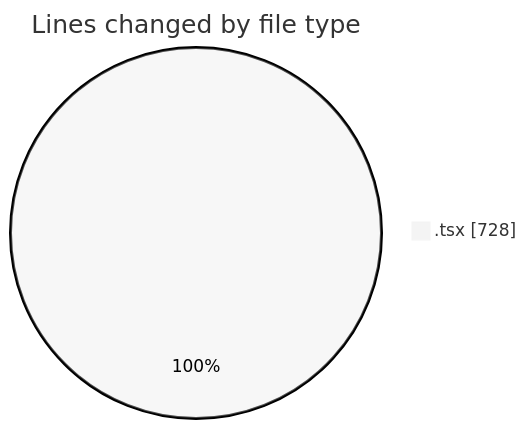
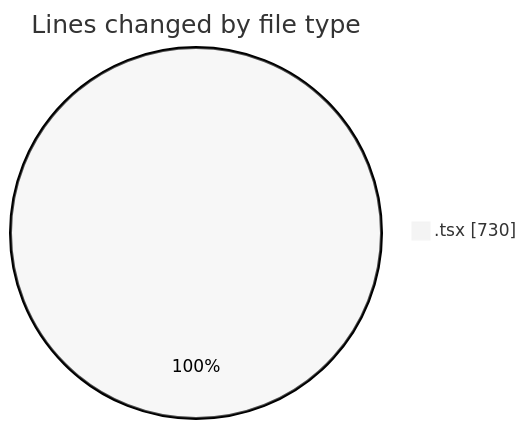
Before and after one commit to nxtqubesakshisongat/code-tracking: the first of 2 diagrams in 2026-06-16/nxtqube_webapp/README.md, drawn with Mermaid (neutral theme). The commit also changed other lines of this file and 1 other file, not shown here.

````diff
--- a/2026-06-16/nxtqube_webapp/README.md
+++ b/2026-06-16/nxtqube_webapp/README.md
@@ -20,5 +20,5 @@
 ```mermaid
 pie showData
 title Lines changed by file type
-".tsx" : 728
+".tsx" : 730
 ```
````
